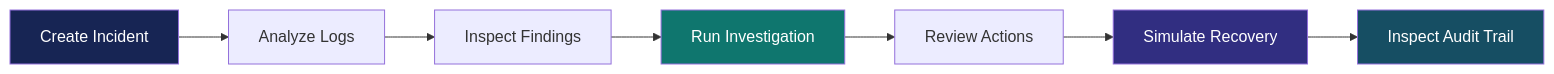
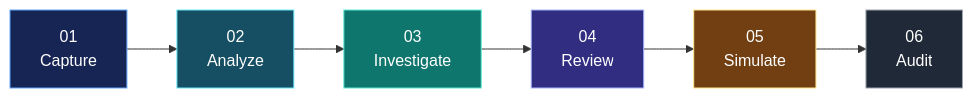
The second of 2 diagrams in README.md (akankshad1712/aegis-ai), drawn with Mermaid before and after one commit. The commit also changed other lines of this file, not shown here.

````diff
--- a/README.md
+++ b/README.md
@@ -197,14 +252,18 @@
 ```mermaid
 flowchart LR
-    A["Create Incident"] --> B["Analyze Logs"]
-    B --> C["Inspect Findings"]
-    C --> D["Run Investigation"]
-    D --> E["Review Actions"]
-    E --> F["Simulate Recovery"]
-    F --> G["Inspect Audit Trail"]
+    A["01<br/>Capture"]
+    B["02<br/>Analyze"]
+    C["03<br/>Investigate"]
+    D["04<br/>Review"]
+    E["05<br/>Simulate"]
+    F["06<br/>Audit"]
 
-    style A fill:#172554,color:#ffffff
-    style D fill:#0f766e,color:#ffffff
-    style F fill:#312e81,color:#ffffff
-    style G fill:#164e63,color:#ffffff
+    A --> B --> C --> D --> E --> F
+
+    style A fill:#172554,color:#FFFFFF,stroke:#60A5FA
+    style B fill:#164E63,color:#FFFFFF,stroke:#67E8F9
+    style C fill:#0F766E,color:#FFFFFF,stroke:#5EEAD4
+    style D fill:#312E81,color:#FFFFFF,stroke:#A5B4FC
+    style E fill:#713F12,color:#FFFFFF,stroke:#FDE68A
+    style F fill:#1F2937,color:#FFFFFF,stroke:#9CA3AF
 ```
````
